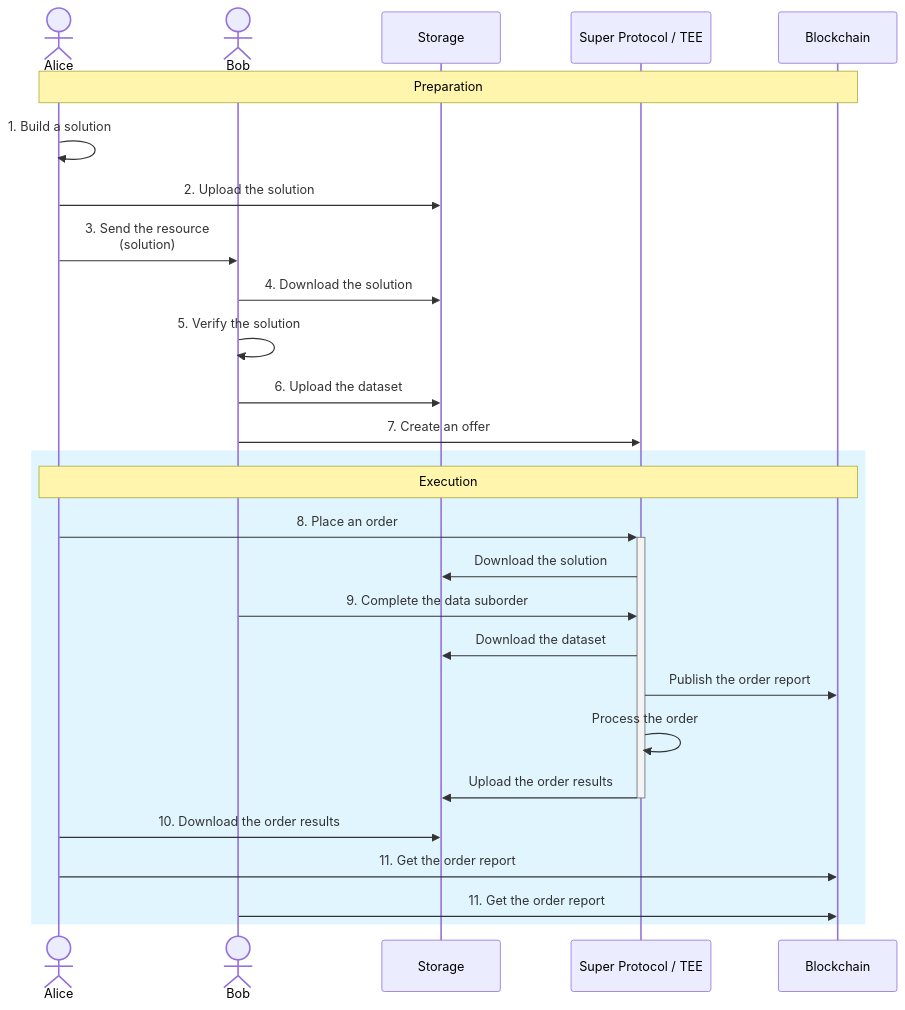
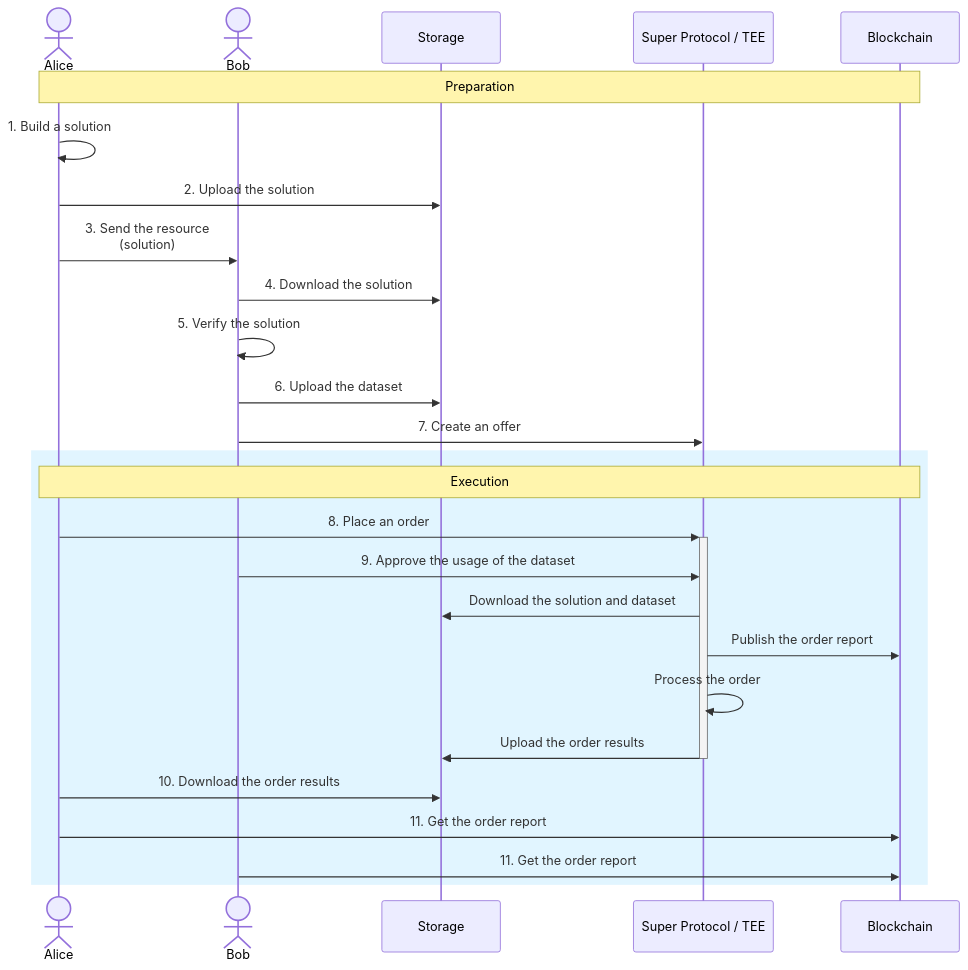
Before and after one commit to Super-Protocol/docs: the diagram in docs/cli/Guides/collaboration.md, drawn with Mermaid. The commit also changed other lines of this file and 1 other file, not shown here.

````diff
--- a/docs/cli/Guides/collaboration.md
+++ b/docs/cli/Guides/collaboration.md
@@ -21,35 +21,34 @@
 ```mermaid
 sequenceDiagram
     actor Alice
     actor Bob
     participant Storage
     participant Super Protocol / TEE
     participant Blockchain
 
     %% ----- Preparation -----
     note over Alice,Blockchain: Preparation
 
     Alice ->> Alice: 1. Build a solution
     Alice ->> Storage: 2. Upload the solution
     Alice ->> Bob: 3. Send the resource<br/>(solution)
     Bob ->> Storage: 4. Download the solution
     Bob ->> Bob: 5. Verify the solution
     Bob ->> Storage: 6. Upload the dataset
     Bob ->> Super Protocol / TEE: 7. Create an offer
 
     %% ----- Execution -----
     rect rgb(225, 245, 255)
     note over Alice,Blockchain: Execution
 
     Alice ->>+ Super Protocol / TEE: 8. Place an order
-    Super Protocol / TEE ->> Storage: Download the solution
-    Bob ->> Super Protocol / TEE: 9. Complete the data suborder
-    Super Protocol / TEE ->> Storage: Download the dataset
+    Bob ->> Super Protocol / TEE: 9. Approve the usage of the dataset
+    Super Protocol / TEE ->> Storage: Download the solution and dataset
     Super Protocol / TEE ->> Blockchain: Publish the order report
     Super Protocol / TEE ->> Super Protocol / TEE: Process the order
     Super Protocol / TEE ->>- Storage: Upload the order results
     Alice ->> Storage: 10. Download the order results
     Alice ->> Blockchain: 11. Get the order report
     Bob ->> Blockchain: 11. Get the order report
     end
 ```
````
